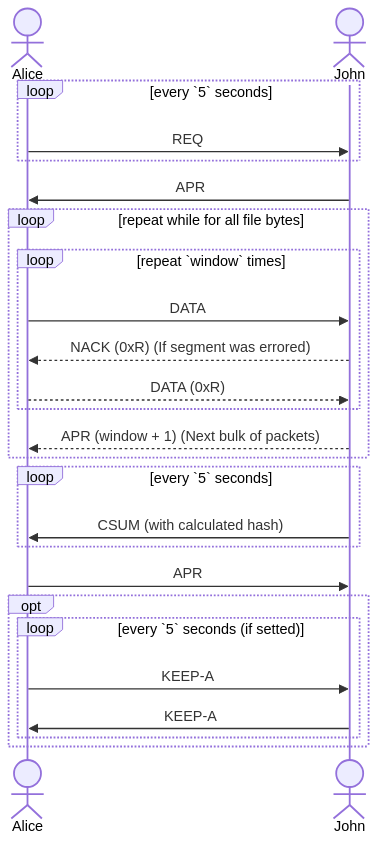
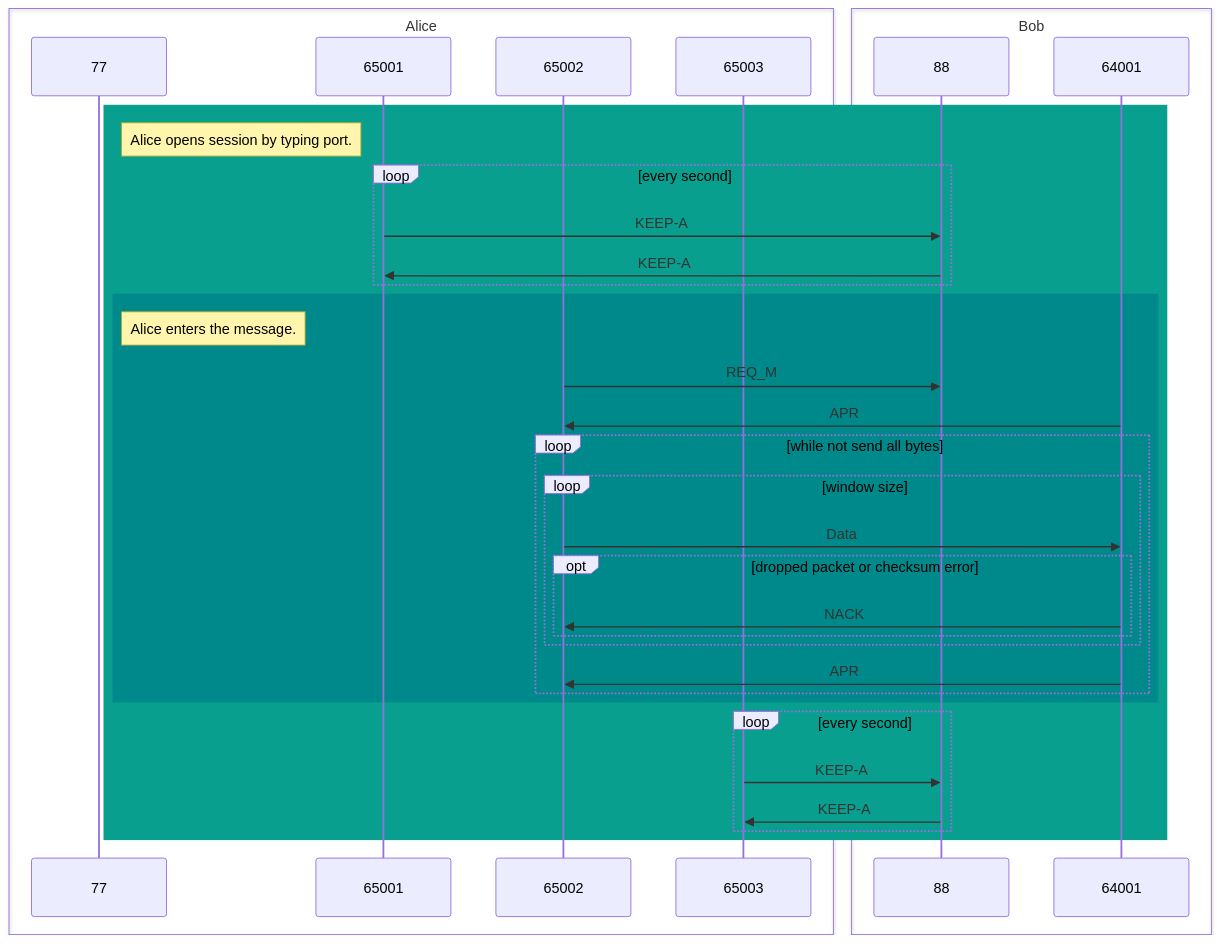
One commit to justAnArthur/custom-protocol-based-on-UDP changed the first of 2 diagrams in 02 custom-protocol-based-on-UDP.md. Above: the diagram before and after it, drawn with Mermaid. The commit also changed other lines of this file and 7 other files, not shown here.

Commit message:
- changable window_size - changable payload_size - handling errorrs

````diff
--- a/02 custom-protocol-based-on-UDP.md
+++ b/02 custom-protocol-based-on-UDP.md
@@ -98,34 +102,46 @@
 ```mermaid
 sequenceDiagram
-    actor Alice
-    actor John
-
-    loop every `5` seconds
-        Alice ->> John: REQ  
+    box Alice
+        participant M1 as 77
+        participant R11 as 65001
+        participant R12 as 65002
+        participant R13 as 65003
+    end
+    box Bob
+        participant M2 as 88
+        participant R21 as 64001
     end
 
-    John ->> Alice: APR
+    rect rgb(8, 159, 143)
+        note right of M1: Alice opens session by typing port.
 
-    loop repeat while for all file bytes
-        loop repeat `window` times
-            Alice ->> John: DATA
-            John -->> Alice: NACK (0xR) (If segment was errored)
-            Alice -->> John: DATA (0xR)
+        loop every second
+            R11 ->> M2: KEEP-A
+            M2 ->> R11: KEEP-A
         end
 
-        John -->> Alice: APR (window + 1) (Next bulk of packets)
-    end
+        rect rgb(0, 137, 138)
+            note right of M1: Alice enters the message.
+            R12 ->> M2: REQ_M
+            R21 ->> R12: APR
 
-    loop every `5` seconds
-        John ->> Alice: CSUM (with calculated hash)
-    end
+            loop while not send all bytes
+                loop window size
+                    R12 ->> R21: Data
 
-    Alice ->> John: APR
+                    opt dropped packet or checksum error
+                        R21 ->> R12: NACK
+                    end
+                end
+                R21 ->> R12: APR
+            end
 
-    opt
-        loop every `5` seconds (if setted)
-            Alice ->> John: KEEP-A
-            John ->> Alice: KEEP-A
         end
+
+        loop every second
+            R13 ->> M2: KEEP-A
+            M2 ->> R13: KEEP-A
+        end
+
     end
 ```
````
